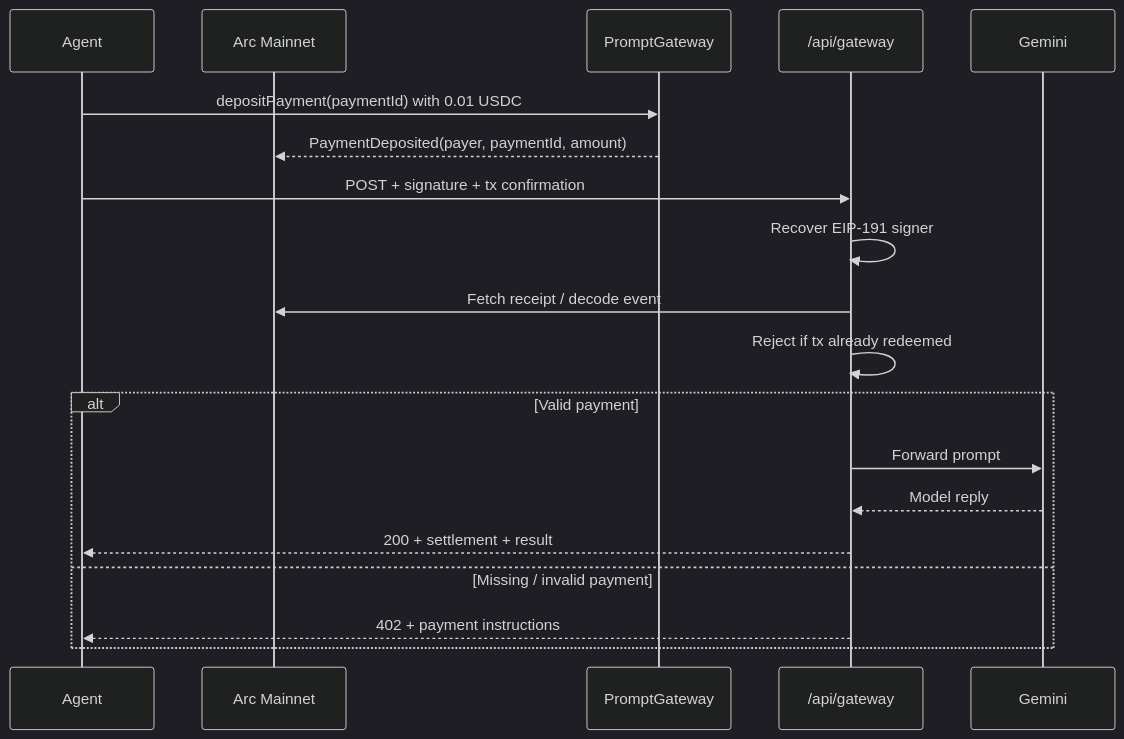
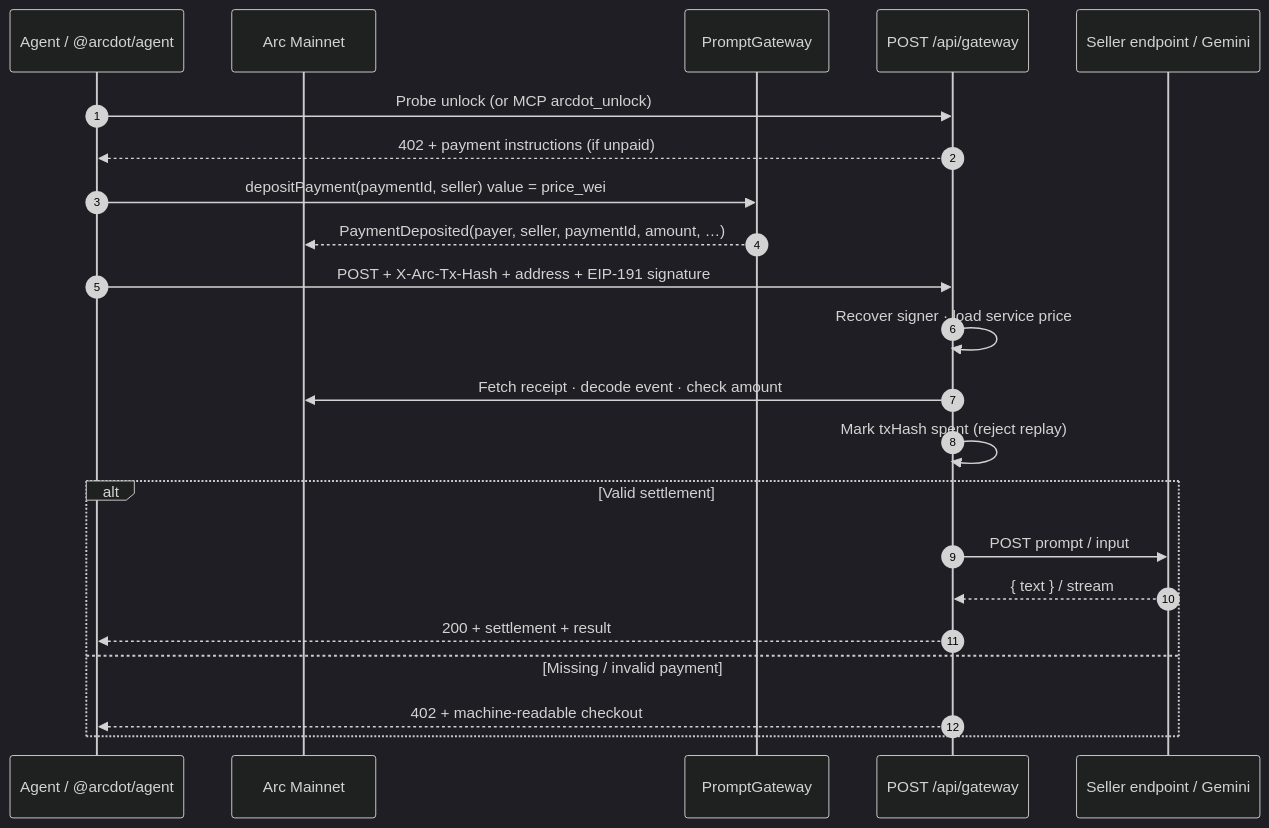
Before and after one commit to M4N4N22/arcdot.: the third of 4 diagrams in README.md, drawn with Mermaid (dark theme). The commit also changed other lines of this file, not shown here.

````diff
--- a/README.md
+++ b/README.md
@@ -128,22 +222,25 @@
 ```mermaid
 sequenceDiagram
-  participant Agent
+  autonumber
+  participant Agent as Agent / @arcdot/agent
   participant Arc as Arc Mainnet
   participant GW as PromptGateway
-  participant API as /api/gateway
-  participant Gemini
+  participant API as POST /api/gateway
+  participant Up as Seller endpoint / Gemini
 
-  Agent->>GW: depositPayment(paymentId) with 0.01 USDC
-  GW-->>Arc: PaymentDeposited(payer, paymentId, amount)
-  Agent->>API: POST + signature + tx confirmation
-  API->>API: Recover EIP-191 signer
-  API->>Arc: Fetch receipt / decode event
-  API->>API: Reject if tx already redeemed
-  alt Valid payment
-    API->>Gemini: Forward prompt
-    Gemini-->>API: Model reply
+  Agent->>API: Probe unlock (or MCP arcdot_unlock)
+  API-->>Agent: 402 + payment instructions (if unpaid)
+  Agent->>GW: depositPayment(paymentId, seller) value = price_wei
+  GW-->>Arc: PaymentDeposited(payer, seller, paymentId, amount, …)
+  Agent->>API: POST + X-Arc-Tx-Hash + address + EIP-191 signature
+  API->>API: Recover signer · load service price
+  API->>Arc: Fetch receipt · decode event · check amount
+  API->>API: Mark txHash spent (reject replay)
+  alt Valid settlement
+    API->>Up: POST prompt / input
+    Up-->>API: { text } / stream
     API-->>Agent: 200 + settlement + result
   else Missing / invalid payment
-    API-->>Agent: 402 + payment instructions
+    API-->>Agent: 402 + machine-readable checkout
   end
 ```
````
